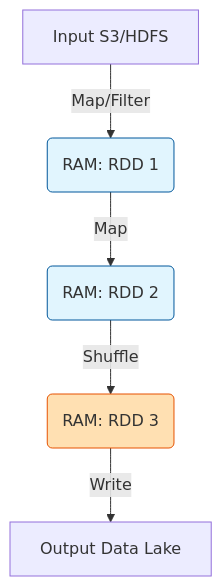
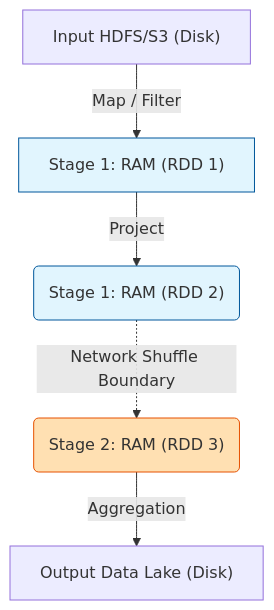
Before and after one commit to kythuatdulieu/kythuatdulieu.github.io: the diagram in src/content/docs/concepts/4-compute-engines-batch/batch-processing.md, drawn with Mermaid. The commit also changed other lines of this file and 213 other files, not shown here.

Commit message:
Fix syntax and rewrite 200+ concepts docs to deep-dive system architecture and add GA4 tracking to quiz app

````diff
--- a/src/content/docs/concepts/4-compute-engines-batch/batch-processing.md
+++ b/src/content/docs/concepts/4-compute-engines-batch/batch-processing.md
@@ -54,11 +57,11 @@
 ```mermaid
 graph TD
-    A["Input S3/HDFS"] -->|Map/Filter| B("RAM: RDD 1")
-    B -->|Map| C("RAM: RDD 2")
-    C -->|Shuffle| D("RAM: RDD 3")
-    D -->|Write| E["Output Data Lake"]
+    A["Input HDFS/S3 (Disk)"] -->|Map / Filter| B["Stage 1: RAM (RDD 1)"]
+    B -->|Project| C("Stage 1: RAM (RDD 2)")
+    C -.->|"Network Shuffle Boundary"| D("Stage 2: RAM (RDD 3)")
+    D -->|Aggregation| E["Output Data Lake (Disk)"]
     
     style B fill:#e1f5fe,stroke:#01579b
     style C fill:#e1f5fe,stroke:#01579b
     style D fill:#ffe0b2,stroke:#e65100
 ```
````
